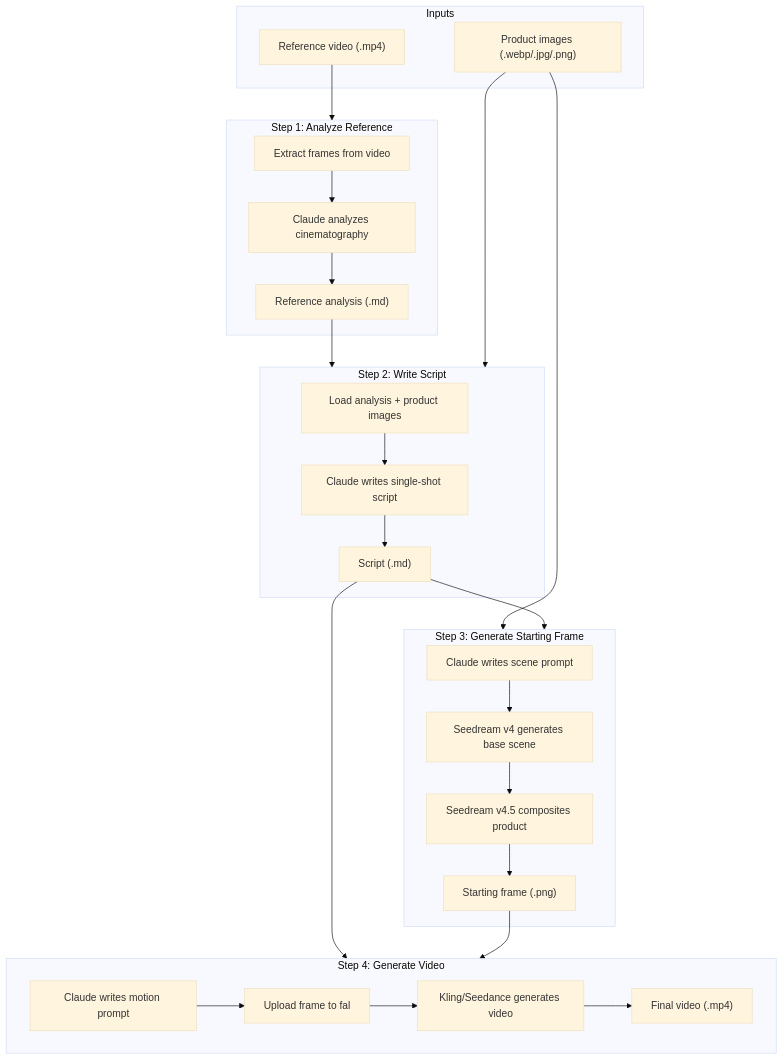
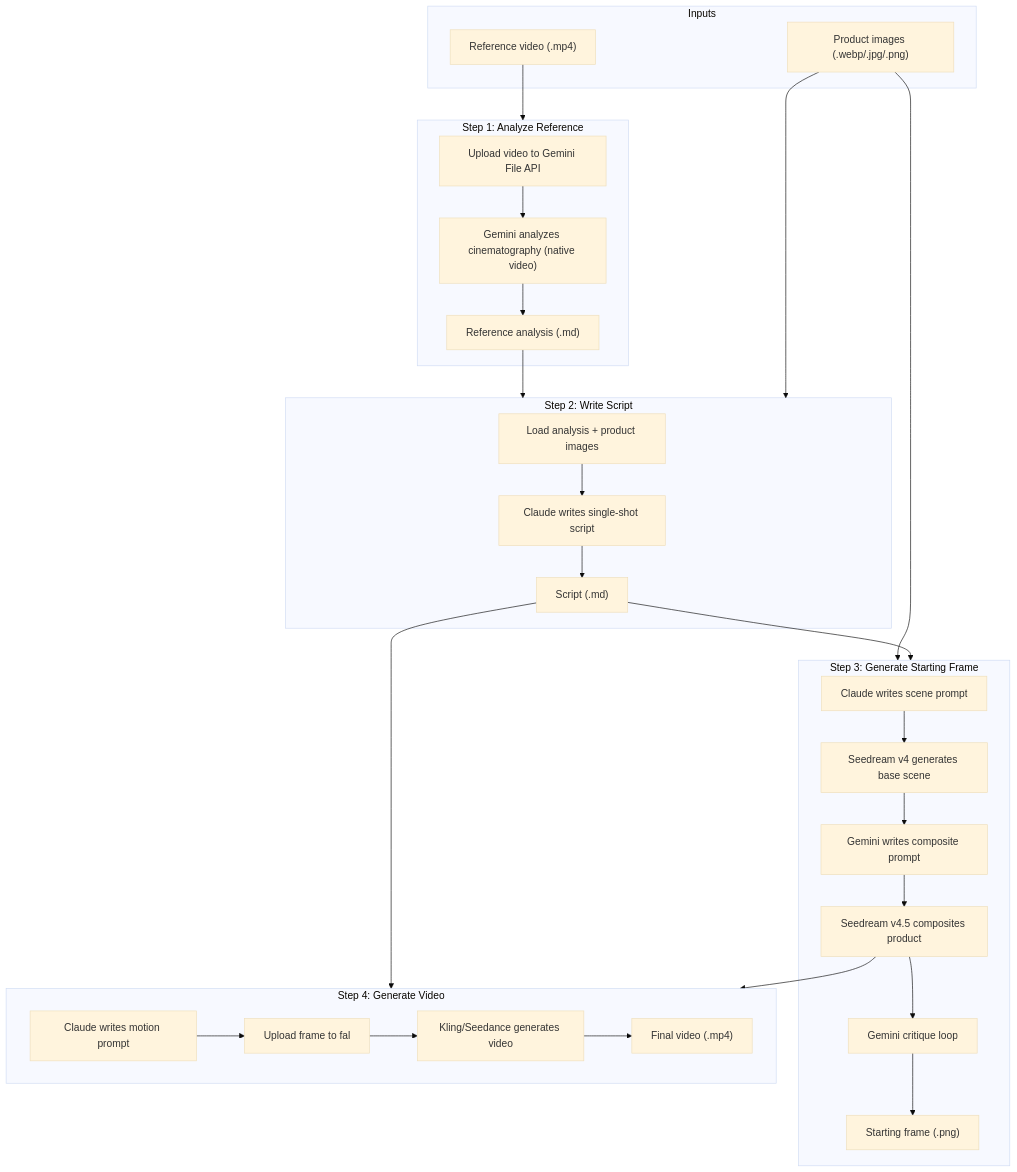
Before and after one commit to lshalon/video-generation: the diagram in docs/pipeline.md, drawn with Mermaid (base theme). The commit also changed other lines of this file and 24 other files, not shown here.

````diff
--- a/docs/pipeline.md
+++ b/docs/pipeline.md
@@ -9,45 +9,47 @@
 ```mermaid
 flowchart TD
     subgraph inputs [Inputs]
         RefVideo["Reference video (.mp4)"]
         ProductImages["Product images (.webp/.jpg/.png)"]
     end
 
     subgraph step1 [Step 1: Analyze Reference]
-        A1["Extract frames from video"]
-        A2["Claude analyzes cinematography"]
+        A1["Upload video to Gemini File API"]
+        A2["Gemini analyzes cinematography (native video)"]
         A3["Reference analysis (.md)"]
         A1 --> A2 --> A3
     end
 
     subgraph step2 [Step 2: Write Script]
         B1["Load analysis + product images"]
         B2["Claude writes single-shot script"]
         B3["Script (.md)"]
         B1 --> B2 --> B3
     end
 
     subgraph step3 [Step 3: Generate Starting Frame]
         C1["Claude writes scene prompt"]
         C2["Seedream v4 generates base scene"]
-        C3["Seedream v4.5 composites product"]
-        C4["Starting frame (.png)"]
-        C1 --> C2 --> C3 --> C4
+        C3["Gemini writes composite prompt"]
+        C4["Seedream v4.5 composites product"]
+        C5["Gemini critique loop"]
+        C6["Starting frame (.png)"]
+        C1 --> C2 --> C3 --> C4 --> C5 --> C6
     end
 
     subgraph step4 [Step 4: Generate Video]
         D1["Claude writes motion prompt"]
         D2["Upload frame to fal"]
         D3["Kling/Seedance generates video"]
         D4["Final video (.mp4)"]
         D1 --> D2 --> D3 --> D4
     end
 
     RefVideo --> step1
     A3 --> step2
     ProductImages --> step2
     ProductImages --> step3
     B3 --> step3
     B3 --> step4
     C4 --> step4
 ```
````
